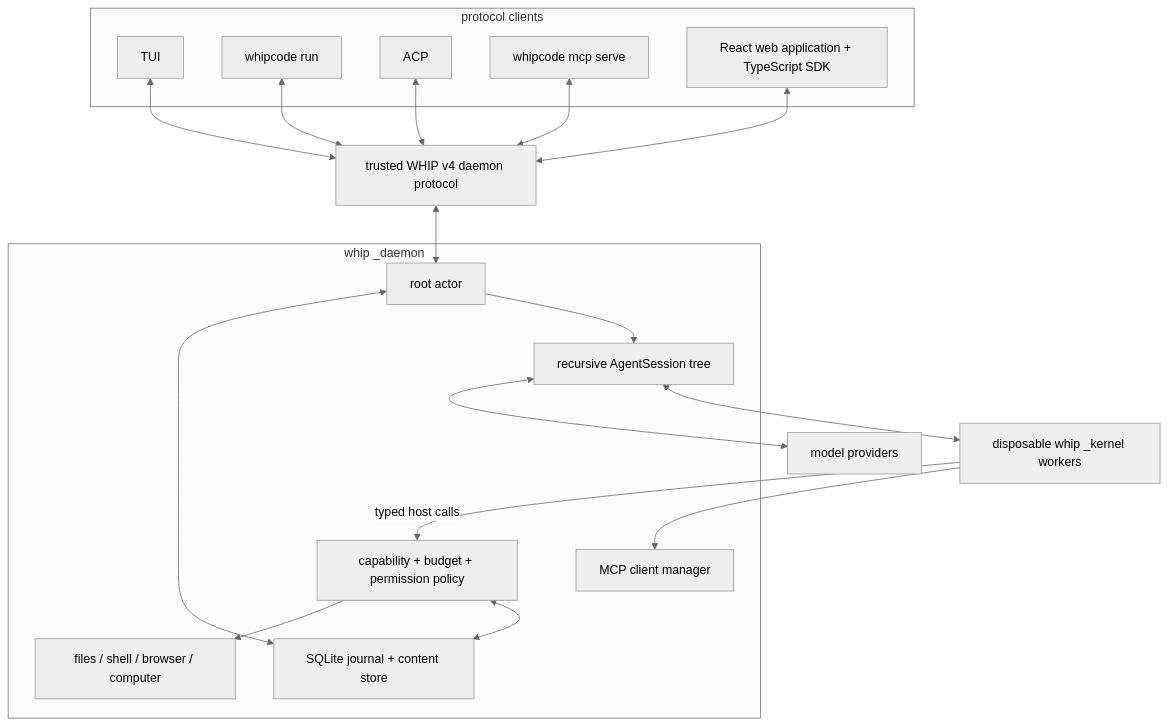
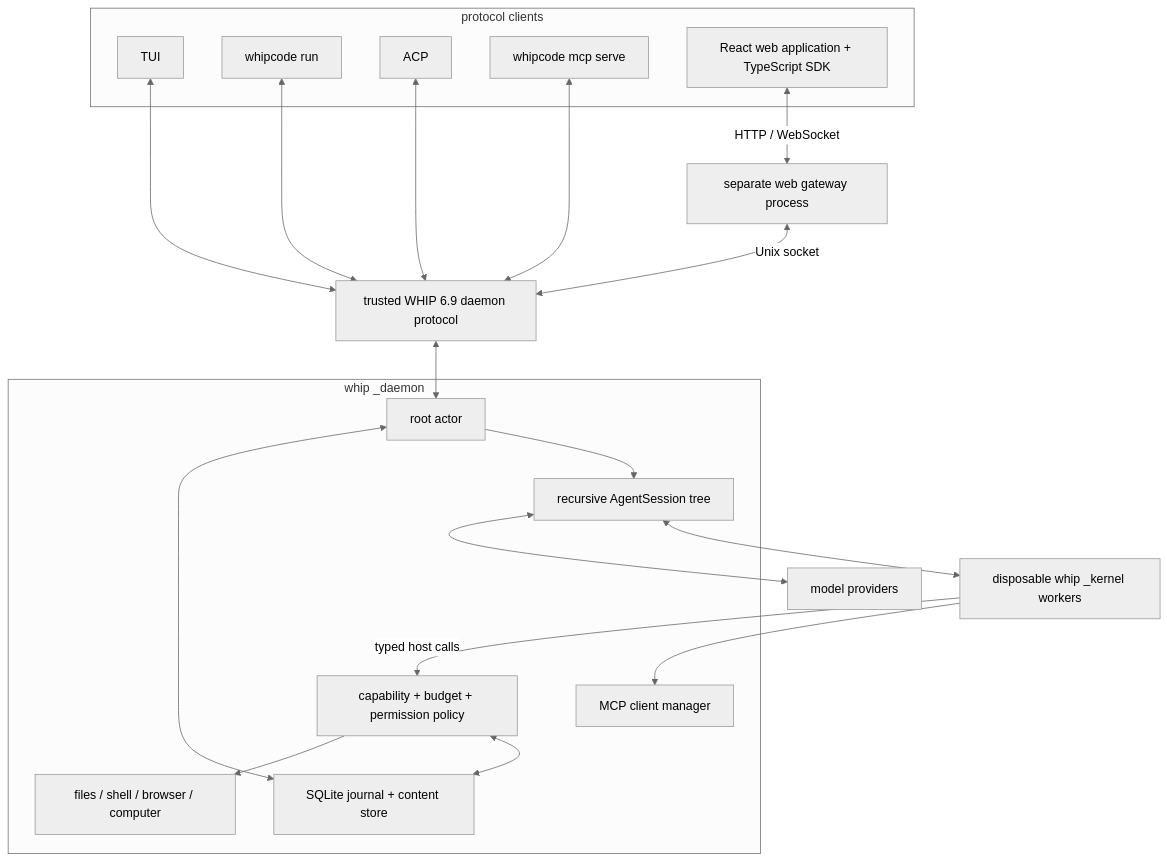
The first of 2 diagrams in docs/architecture.md (context-labs/whip), drawn with Mermaid (neutral theme) before and after one commit. The commit also changed other lines of this file and 2 other files, not shown here.

````diff
--- a/docs/architecture.md
+++ b/docs/architecture.md
@@ -19,34 +20,38 @@
 ```mermaid
 flowchart TB
     subgraph clients["protocol clients"]
         TUI["TUI"]
         RUN["whipcode run"]
         ACP["ACP"]
         BRIDGE["whipcode mcp serve"]
         WEB["React web application + TypeScript SDK"]
     end
 
-    RPC["trusted WHIP v4 daemon protocol"]
+    GATEWAY["separate web gateway process"]
+    RPC["trusted WHIP 6.9 daemon protocol"]
 
     subgraph daemon["whip _daemon"]
         ROOT["root actor"]
         TREE["recursive AgentSession tree"]
         POLICY["capability + budget + permission policy"]
         SERVICES["files / shell / browser / computer"]
         MCP["MCP client manager"]
         STORE["SQLite journal + content store"]
     end
 
     KERNELS["disposable whip _kernel workers"]
     MODELS["model providers"]
 
-    TUI & RUN & ACP & BRIDGE & WEB <--> RPC <--> ROOT
+    TUI & RUN & ACP & BRIDGE <--> RPC
+    WEB <-->|HTTP / WebSocket| GATEWAY
+    GATEWAY <-->|Unix socket| RPC
+    RPC <--> ROOT
     ROOT <--> STORE
     ROOT --> TREE
     TREE <--> MODELS
     TREE <--> KERNELS
     KERNELS -->|typed host calls| POLICY
     POLICY --> SERVICES
     KERNELS --> MCP
     POLICY <--> STORE
 ```
````
